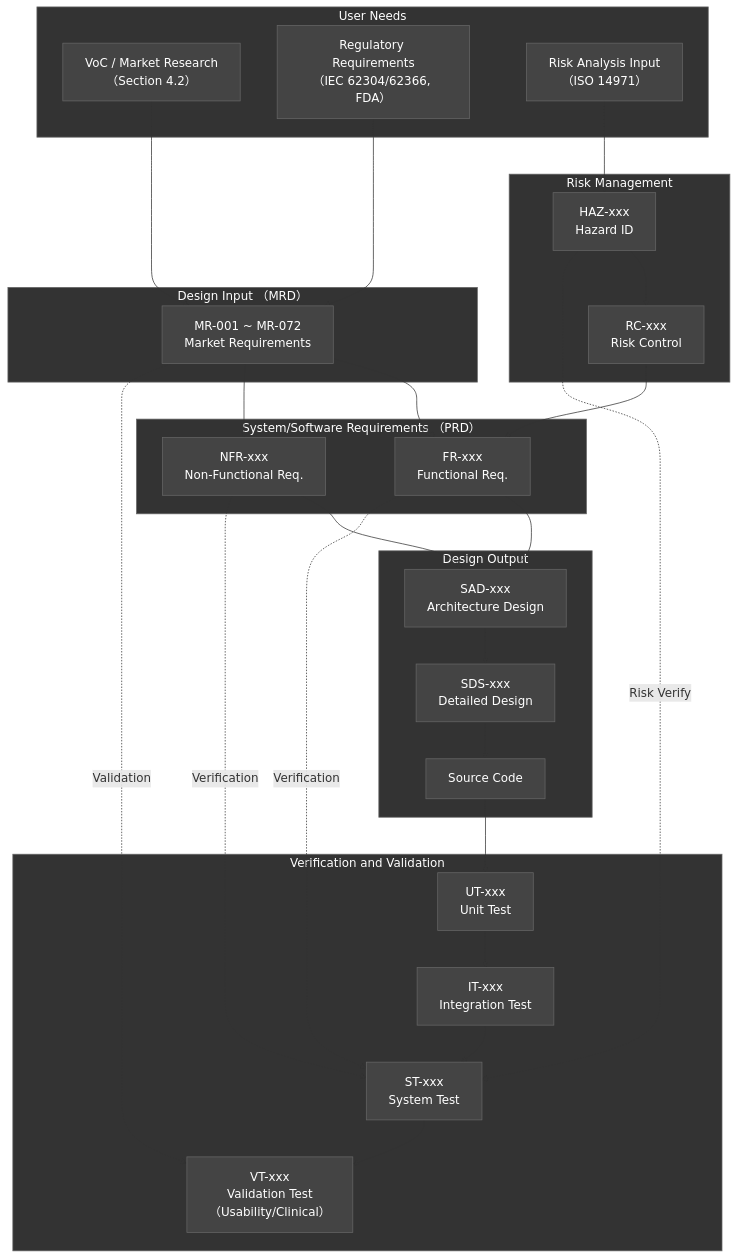
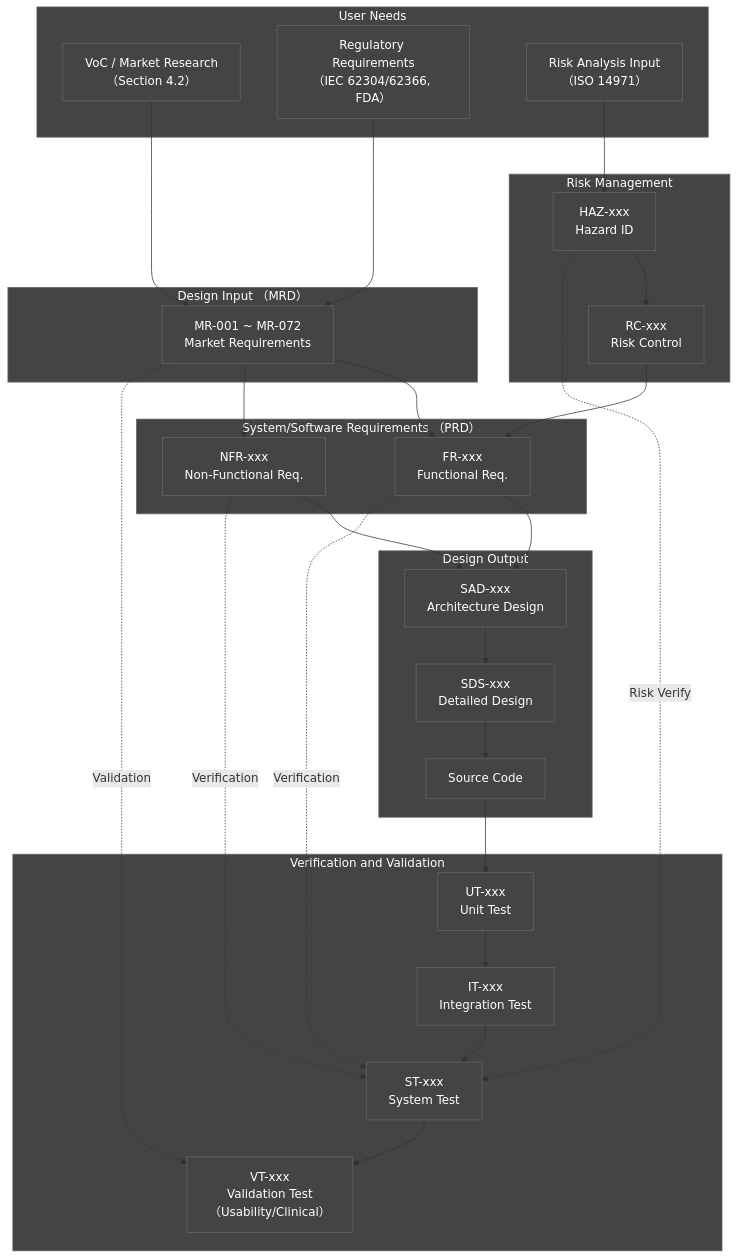
One commit to holee9/console-gui changed the fourth of 7 diagrams in docs/planning/DOC-001_MRD_v3.0.md. Above: the diagram before and after it, drawn with Mermaid. The commit also changed other lines of this file and 35 other files, not shown here.

First line of the commit message:
fix: 전체 Mermaid 차트 색상 진한 회색 통일

````diff
--- a/docs/planning/DOC-001_MRD_v3.0.md
+++ b/docs/planning/DOC-001_MRD_v3.0.md
@@ -543,63 +543,63 @@
 ```mermaid
 flowchart TD
     classDef default fill:#444,stroke:#666,color:#fff
     subgraph UN["User Needs"]
         VoC["VoC / Market Research\n（Section 4.2）"]
         Reg["Regulatory Requirements\n（IEC 62304/62366, FDA）"]
         Risk0["Risk Analysis Input\n（ISO 14971）"]
     end
 
     subgraph DI["Design Input （MRD）"]
         MR["MR-001 ~ MR-072\nMarket Requirements"]
     end
 
     subgraph SyRS_PRD["System/Software Requirements （PRD）"]
         FR["FR-xxx\nFunctional Req."]
         NFR["NFR-xxx\nNon-Functional Req."]
     end
 
     subgraph DO["Design Output"]
         SAD["SAD-xxx\nArchitecture Design"]
         SDS["SDS-xxx\nDetailed Design"]
         Code["Source Code"]
     end
 
     subgraph VV["Verification and Validation"]
         UT["UT-xxx\nUnit Test"]
         IT["IT-xxx\nIntegration Test"]
         ST["ST-xxx\nSystem Test"]
         VT["VT-xxx\nValidation Test\n（Usability/Clinical）"]
     end
 
     subgraph RM["Risk Management"]
         HAZ["HAZ-xxx\nHazard ID"]
         RC["RC-xxx\nRisk Control"]
     end
 
     VoC --> MR
     Reg --> MR
     Risk0 --> HAZ
     MR --> FR
     MR --> NFR
     HAZ --> RC
     RC --> FR
     FR --> SAD
     NFR --> SAD
     SAD --> SDS
     SDS --> Code
     Code --> UT
     UT --> IT
     IT --> ST
     ST --> VT
     FR -.->|Verification| ST
     NFR -.->|Verification| ST
     MR -.->|Validation| VT
     HAZ -.->|Risk Verify| ST
 
-    style DI fill:#333,stroke:#666,color:#fff
-    style DO fill:#333,stroke:#666,color:#fff
-    style RM fill:#333,stroke:#666,color:#fff
-    style SyRS_PRD fill:#333,stroke:#666,color:#fff
-    style UN fill:#333,stroke:#666,color:#fff
-    style VV fill:#333,stroke:#666,color:#fff
+    style DI fill:#444,stroke:#666,color:#fff
+    style DO fill:#444,stroke:#666,color:#fff
+    style RM fill:#444,stroke:#666,color:#fff
+    style SyRS_PRD fill:#444,stroke:#666,color:#fff
+    style UN fill:#444,stroke:#666,color:#fff
+    style VV fill:#444,stroke:#666,color:#fff
 ```
````
